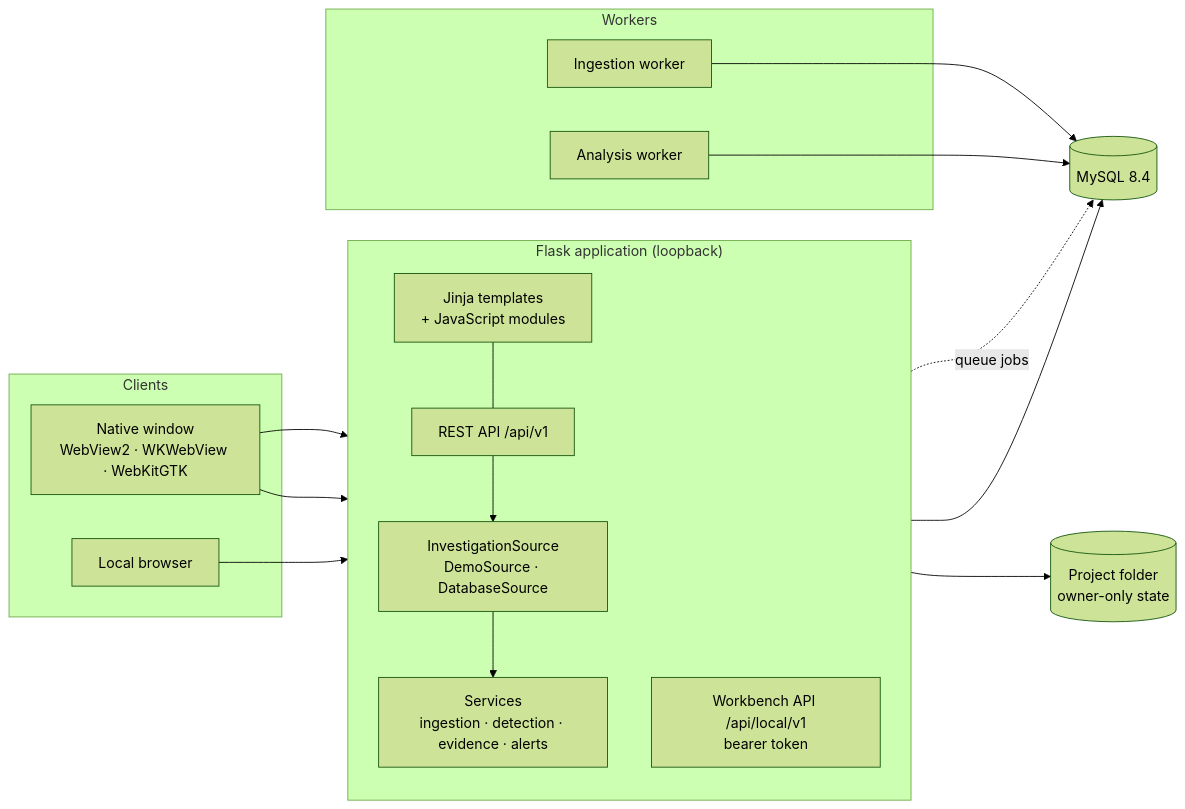
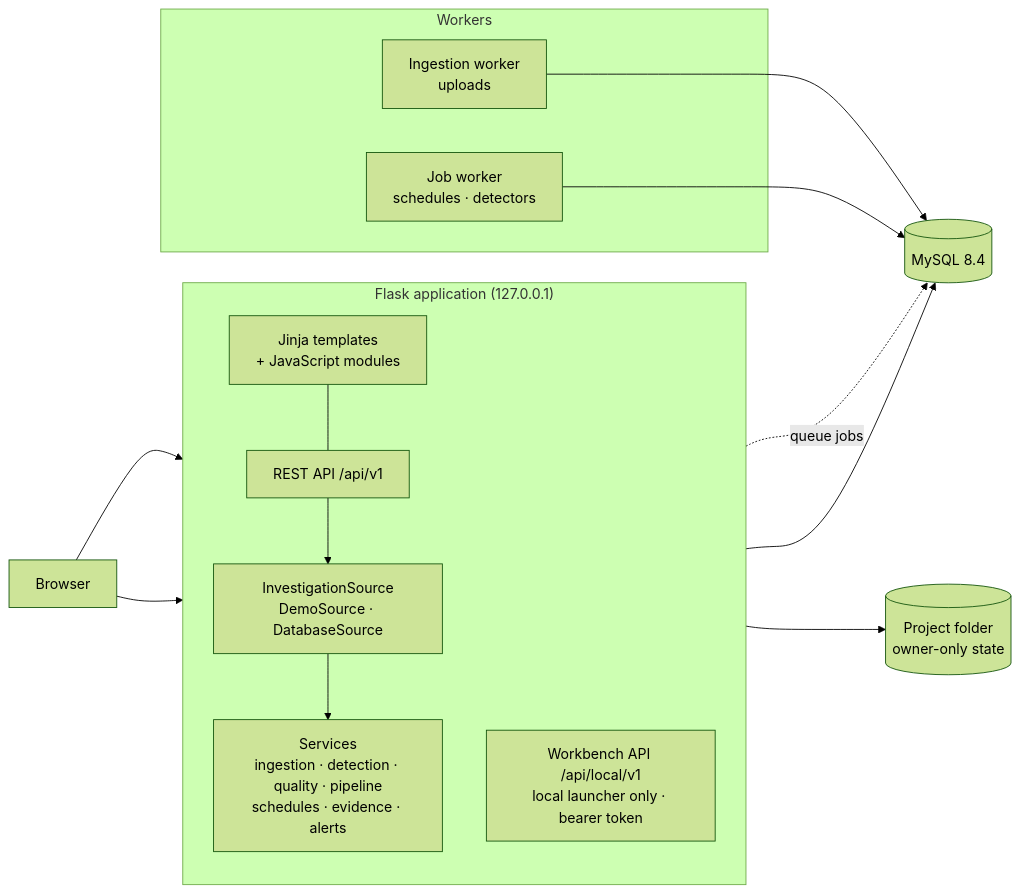
The first of 2 diagrams in README.md (HieuHoai2704/H-LogSense), drawn with Mermaid (forest theme) before and after one commit. The commit also changed other lines of this file and 8 other files, not shown here.

````diff
--- a/README.md
+++ b/README.md
@@ -97,34 +532,30 @@
 ```mermaid
 flowchart LR
-    subgraph Clients
-        W["Native window<br/>WebView2 · WKWebView · WebKitGTK"]
-        B["Local browser"]
-    end
+    B["Browser"]
 
-    subgraph App["Flask application (loopback)"]
+    subgraph App["Flask application (127.0.0.1)"]
         direction TB
         UI["Jinja templates<br/>+ JavaScript modules"]
         API["REST API /api/v1"]
-        LOCAL["Workbench API /api/local/v1<br/>bearer token"]
+        LOCAL["Workbench API /api/local/v1<br/>local launcher only · bearer token"]
         SRC["InvestigationSource<br/>DemoSource · DatabaseSource"]
-        SVC["Services<br/>ingestion · detection · evidence · alerts"]
+        SVC["Services<br/>ingestion · detection · quality · pipeline<br/>schedules · evidence · alerts"]
         UI --- API
         API --> SRC --> SVC
     end
 
     subgraph Workers
-        ING["Ingestion worker"]
-        ANA["Analysis worker"]
+        ING["Ingestion worker<br/>uploads"]
+        JOB["Job worker<br/>schedules · detectors"]
     end
 
     DB[("MySQL 8.4")]
     FS[("Project folder<br/>owner-only state")]
 
-    W --> UI
     B --> UI
-    W --> LOCAL --> FS
+    B --> LOCAL --> FS
     SVC --> DB
     ING --> DB
-    ANA --> DB
+    JOB --> DB
     API -. "queue jobs" .-> DB
 ```
````
